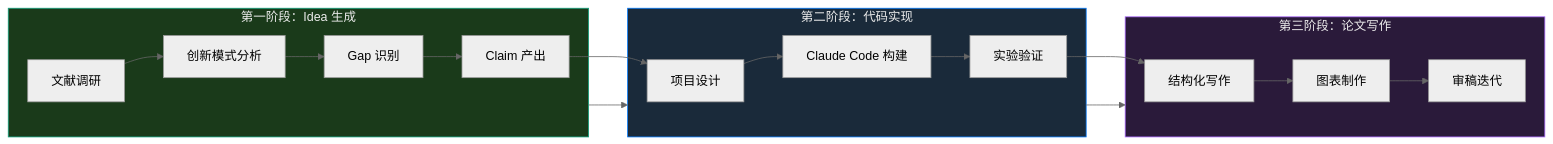
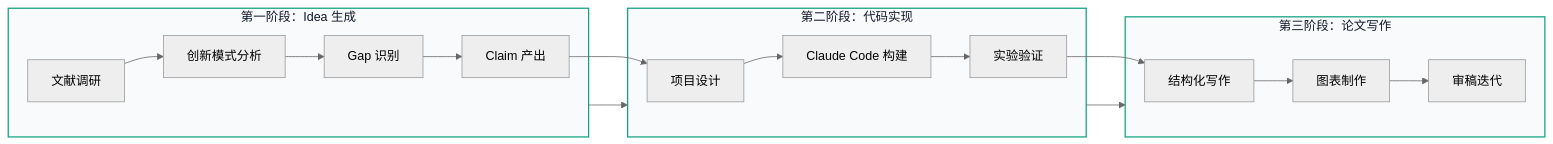
Before and after one commit to yiweinanzi/ai-research-ebook: the diagram in src/content/docs/index.mdx, drawn with Mermaid (neutral theme). The commit also changed other lines of this file and 5 other files, not shown here.

````diff
--- a/src/content/docs/index.mdx
+++ b/src/content/docs/index.mdx
@@ -20,27 +23,26 @@
 ```mermaid
 flowchart LR
     subgraph Phase1 ["第一阶段：Idea 生成"]
         A[文献调研] --> B[创新模式分析]
         B --> C[Gap 识别]
         C --> D[Claim 产出]
     end
 
     subgraph Phase2 ["第二阶段：代码实现"]
         D --> E[项目设计]
         E --> F[Claude Code 构建]
         F --> G[实验验证]
     end
 
     subgraph Phase3 ["第三阶段：论文写作"]
         G --> H[结构化写作]
         H --> I[图表制作]
         I --> J[审稿迭代]
     end
 
     Phase1 --> Phase2
     Phase2 --> Phase3
 
-    style Phase1 fill:#1a3a1a,stroke:#10a37f,color:#ececec
-    style Phase2 fill:#1a2a3a,stroke:#007aff,color:#ececec
-    style Phase3 fill:#2a1a3a,stroke:#ab68ff,color:#ececec
+    classDef phase fill:#f8fafc,stroke:#10a37f,stroke-width:1.6px,color:#111827
+    class Phase1,Phase2,Phase3 phase
 ```
````
